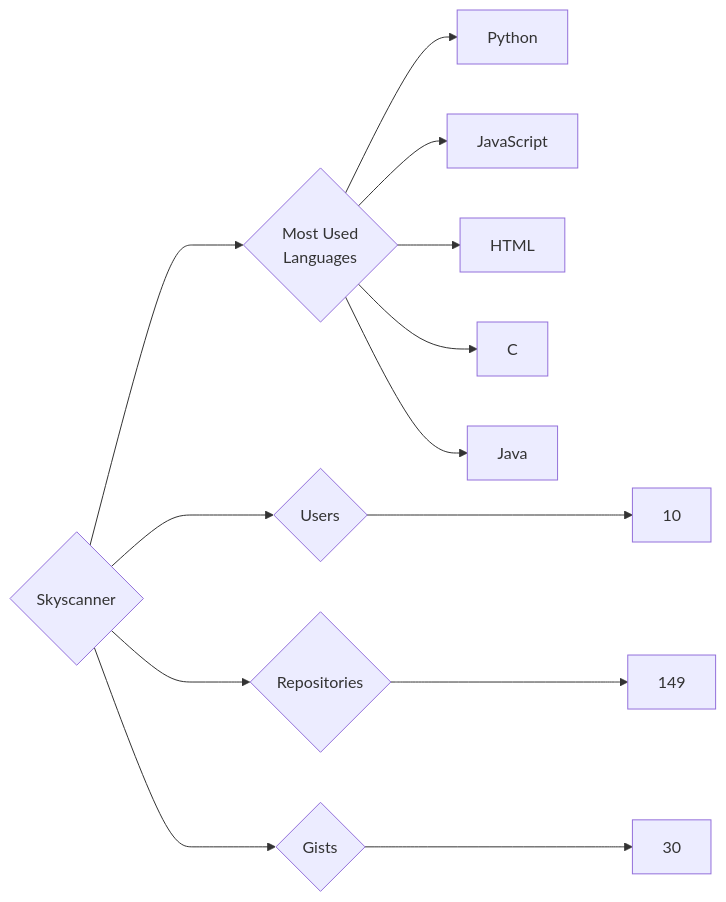
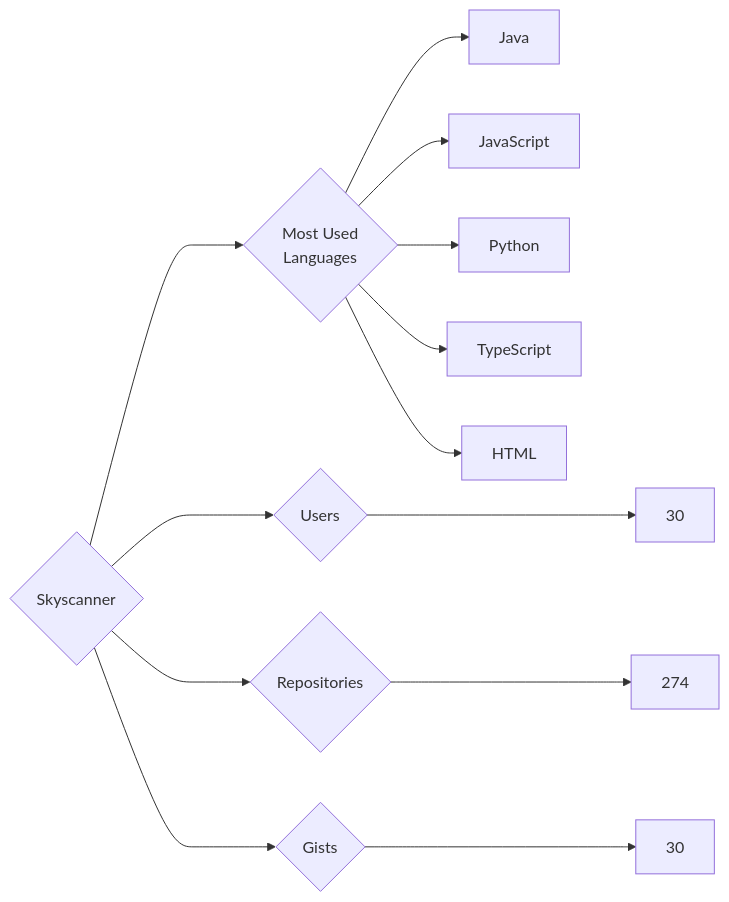
One commit to trickest/insiders changed the diagram in targets/Skyscanner/README.md. Above: the diagram before and after it, drawn with Mermaid. The commit also changed 725 other files, not shown here.

````diff
--- a/targets/Skyscanner/README.md
+++ b/targets/Skyscanner/README.md
@@ -3,13 +3,13 @@
 ```mermaid
 graph LR
 COMPANY_NAME{Skyscanner}
-COMPANY_NAME ---> U{Users} ---> UN[10]
-COMPANY_NAME ---> R{Repositories} ---> RN[149]
+COMPANY_NAME ---> U{Users} ---> UN[30]
+COMPANY_NAME ---> R{Repositories} ---> RN[274]
 COMPANY_NAME ---> G{Gists} ---> GN[30]
 COMPANY_NAME ---> ML{Most Used<br>Languages}
+ML --> Java[Java]
+ML --> JavaScript[JavaScript]
 ML --> Python[Python]
-ML --> JavaScript[JavaScript]
+ML --> TypeScript[TypeScript]
 ML --> HTML[HTML]
-ML --> C[C]
-ML --> Java[Java]
 ```
````
